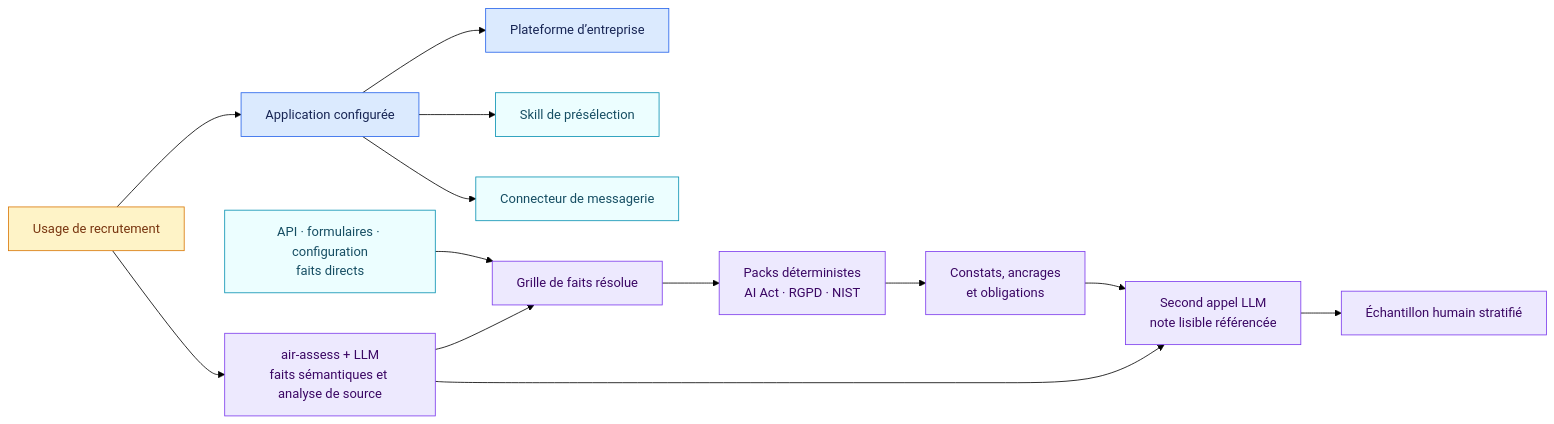
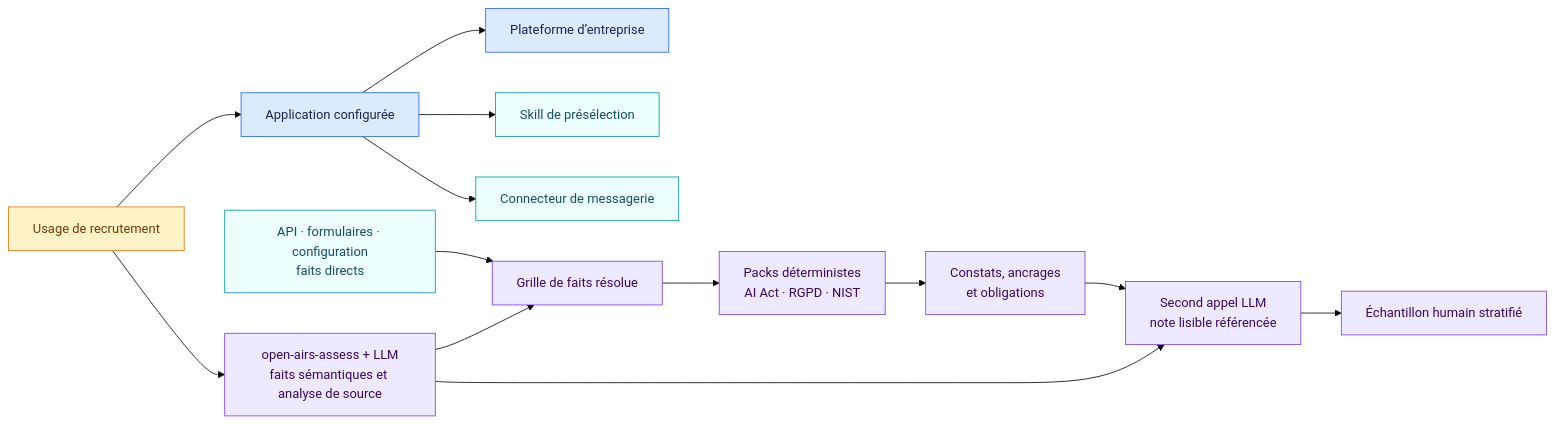
Before and after one commit to NickChaps/Open-AIRS: the diagram in examples/ai-governance/README.fr.md, drawn with Mermaid (forest theme). The commit also changed other lines of this file and 101 other files, not shown here.

Commit message:
chore: rename project to Open AIRS

````diff
--- a/examples/ai-governance/README.fr.md
+++ b/examples/ai-governance/README.fr.md
@@ -11,24 +11,24 @@
 ```mermaid
 flowchart LR
     U["Usage de recrutement"] --> A["Application configurée"]
     A --> P["Plateforme d’entreprise"]
     A --> S["Skill de présélection"]
     A --> C["Connecteur de messagerie"]
     D["API · formulaires · configuration<br/>faits directs"] --> F["Grille de faits résolue"]
-    U --> X["air-assess + LLM<br/>faits sémantiques et analyse de source"]
+    U --> X["open-airs-assess + LLM<br/>faits sémantiques et analyse de source"]
     X --> F
     F --> E["Packs déterministes<br/>AI Act · RGPD · NIST"]
     E --> R["Constats, ancrages<br/>et obligations"]
     X --> N["Second appel LLM<br/>note lisible référencée"]
     R --> N
     N --> H["Échantillon humain stratifié"]
 
     classDef use fill:#fef3c7,stroke:#d97706,color:#78350f
     classDef app fill:#dbeafe,stroke:#2563eb,color:#172554
     classDef component fill:#ecfeff,stroke:#0891b2,color:#164e63
     classDef decision fill:#ede9fe,stroke:#7c3aed,color:#3b0764
     class U use
     class A,P app
     class S,C,D component
     class X,F,E,R,N,H decision
 ```
````
